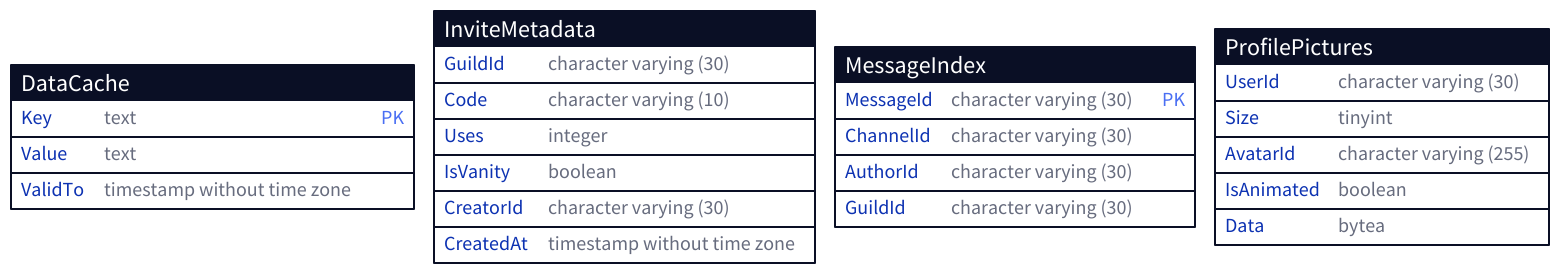
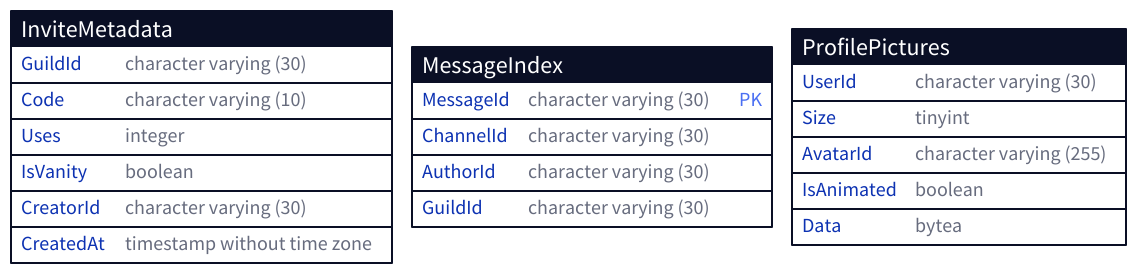
The diagram in data/cache.d2 (GrillBot/grillbot-docs), drawn with D2 before and after one commit. The commit also changed 11 other files, not shown here.

```diff
--- a/data/cache.d2
+++ b/data/cache.d2
@@ -1,43 +1,35 @@
 vars: {
   d2-config: {
     layout-engine: elk
   }
-}
-
-DataCache: {
-  shape: sql_table
-
-  Key: text {constraint: primary_key}
-  Value: text
-  ValidTo: timestamp without time zone
 }
 
 InviteMetadata: {
   shape: sql_table
 
   GuildId: character varying (30)
   Code: character varying (10)
   Uses: integer
   IsVanity: boolean
   CreatorId: character varying (30)
   CreatedAt: timestamp without time zone
 }
 
 MessageIndex: {
   shape: sql_table
 
   MessageId: character varying (30) {constraint: primary_key}
   ChannelId: character varying (30)
   AuthorId: character varying (30)
   GuildId: character varying (30)
 }
 
 ProfilePictures: {
   shape: sql_table
 
   UserId: character varying (30)
   Size: tinyint
   AvatarId: character varying (255)
   IsAnimated: boolean
   Data: bytea
 }
```
